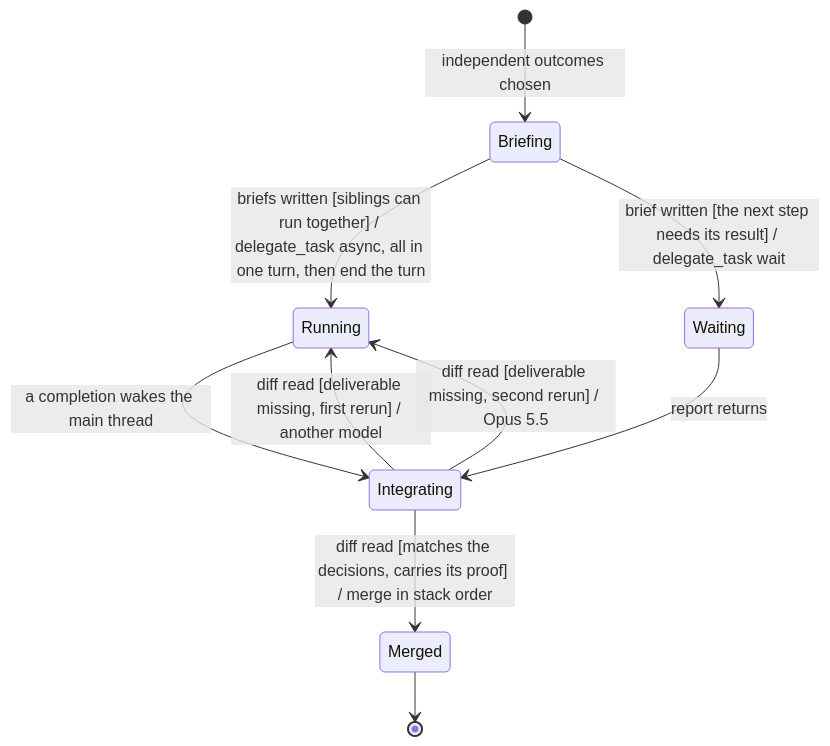
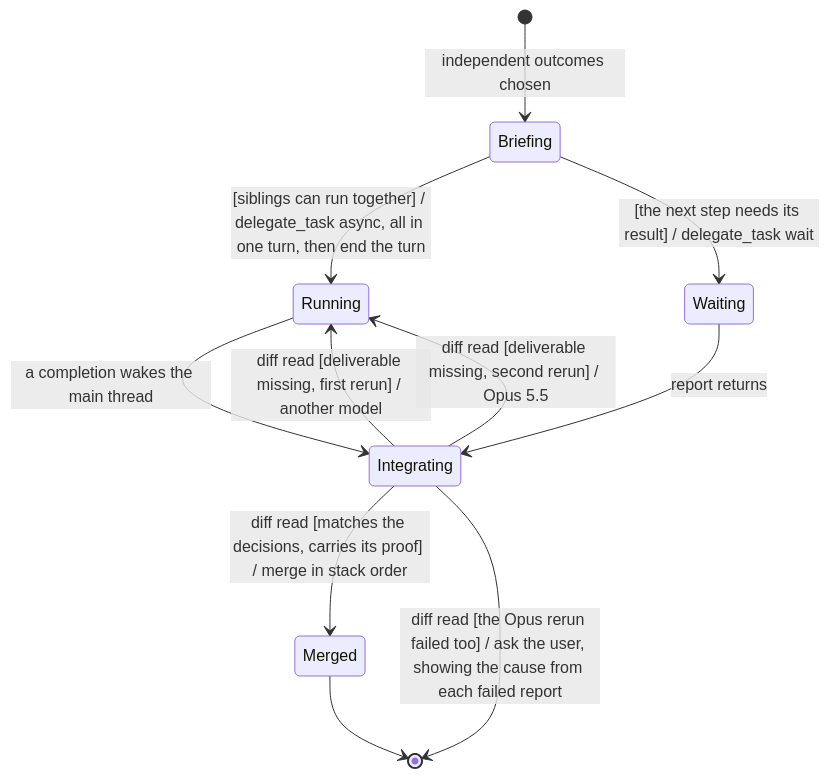
The diagram in .claude/skills/orchestrator/SKILL.md (MP281X/deslop), drawn with Mermaid before and after one commit. The commit also changed other lines of this file and 8 other files, not shown here.

Commit message:
Diagrams replace the prose that restated them; settled PRs go ready on green CI; a failed Opus rerun goes to the user; worker setup is a diagram

````diff
--- a/.claude/skills/orchestrator/SKILL.md
+++ b/.claude/skills/orchestrator/SKILL.md
@@ -28,12 +26,13 @@
 ```mermaid
 stateDiagram-v2
     [*] --> Briefing : independent outcomes chosen
-    Briefing --> Running : briefs written [siblings can run together] / delegate_task async, all in one turn, then end the turn
-    Briefing --> Waiting : brief written [the next step needs its result] / delegate_task wait
+    Briefing --> Running : [siblings can run together] / delegate_task async, all in one turn, then end the turn
+    Briefing --> Waiting : [the next step needs its result] / delegate_task wait
     Running --> Integrating : a completion wakes the main thread
     Waiting --> Integrating : report returns
     Integrating --> Merged : diff read [matches the decisions, carries its proof] / merge in stack order
     Integrating --> Running : diff read [deliverable missing, first rerun] / another model
     Integrating --> Running : diff read [deliverable missing, second rerun] / Opus 5.5
+    Integrating --> [*] : diff read [the Opus rerun failed too] / ask the user, showing the cause from each failed report
     Merged --> [*]
 ```
````
